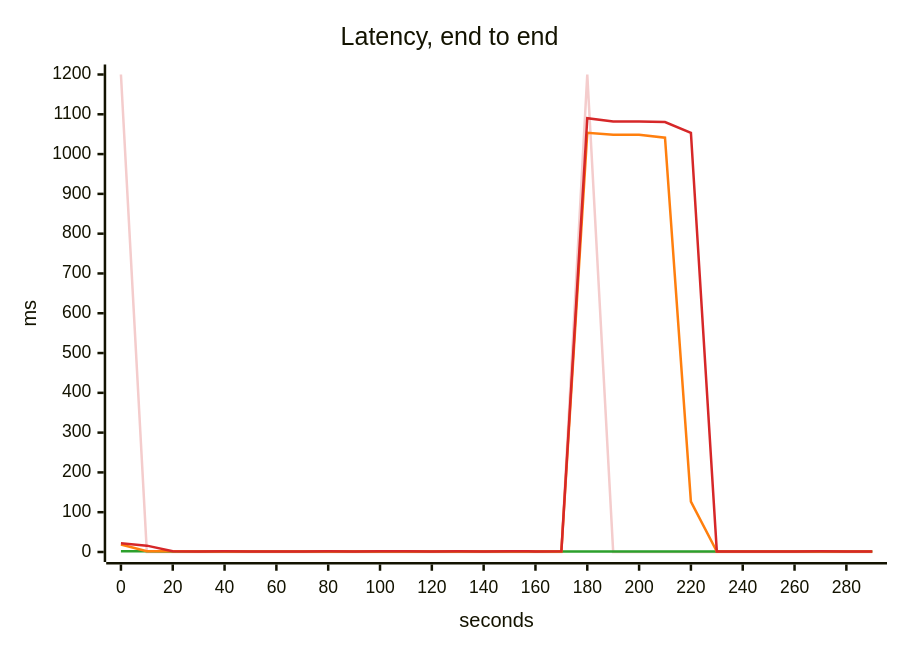
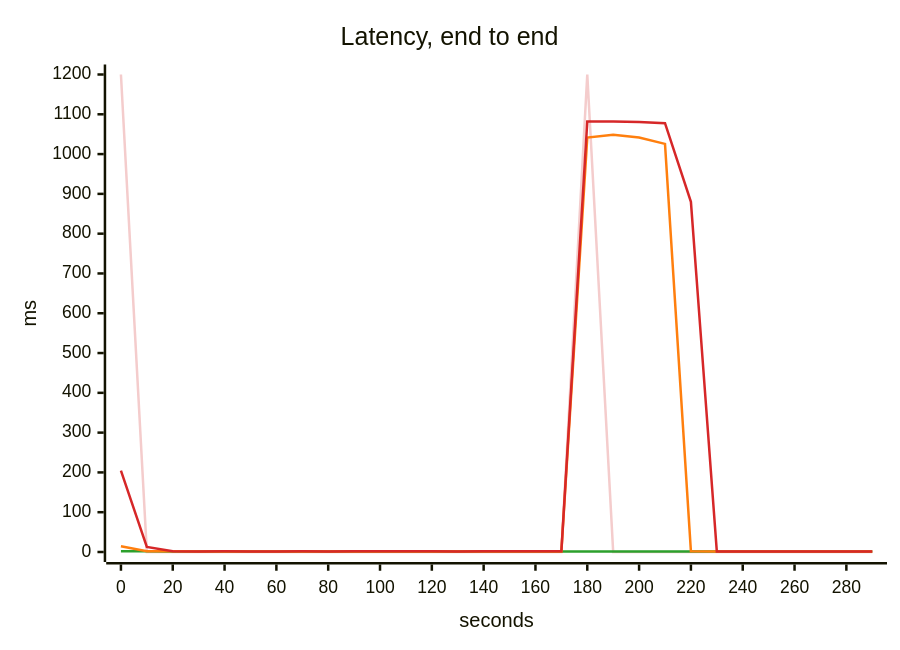
The third of 5 diagrams in scenarios/cache-restart/solutions/coalesce/report.md (akinfemi/load-lore), drawn with Mermaid before and after one commit. The commit also changed other lines of this file and 125 other files, not shown here.

````diff
--- a/scenarios/cache-restart/solutions/coalesce/report.md
+++ b/scenarios/cache-restart/solutions/coalesce/report.md
@@ -60,17 +61,17 @@
 ```mermaid
 ---
 config:
   themeVariables:
     xyChart:
       backgroundColor: "transparent"
       plotColorPalette: "#f4cccc, #2ca02c, #ff7f0e, #d62728"
 ---
 xychart-beta
     title "Latency, end to end"
     x-axis "seconds" 0 --> 290
     y-axis "ms" 0 --> 1200
     line [1200, 0, 0, 0, 0, 0, 0, 0, 0, 0, 0, 0, 0, 0, 0, 0, 0, 0, 1200, 0, 0, 0, 0, 0, 0, 0, 0, 0, 0, 0]
-    line [1.725, 1.631, 1.509, 1.319, 1.311, 1.304, 1.302, 1.292, 1.292, 1.288, 1.285, 1.28, 1.273, 1.277, 1.273, 1.275, 1.276, 1.276, 1.339, 1.32, 1.325, 1.306, 1.268, 1.265, 1.274, 1.276, 1.274, 1.276, 1.277, 1.278]
-    line [18.911, 1.907, 1.751, 1.44, 1.421, 1.38, 1.381, 1.377, 1.38, 1.377, 1.379, 1.378, 1.376, 1.379, 1.376, 1.378, 1.377, 1.377, 1053.519, 1048.72, 1048.417, 1041.267, 126.754, 1.373, 1.376, 1.376, 1.374, 1.378, 1.376, 1.377]
-    line [21.969, 15.971, 1.817, 1.505, 1.691, 1.493, 1.562, 1.485, 1.602, 1.483, 1.62, 1.714, 1.541, 1.847, 1.558, 1.854, 1.547, 1.693, 1090.224, 1082.15, 1082.09, 1080.66, 1053.609, 1.445, 1.541, 1.5, 1.451, 1.656, 1.483, 1.505]
+    line [1.748, 1.668, 1.533, 1.328, 1.322, 1.315, 1.312, 1.308, 1.305, 1.304, 1.3, 1.296, 1.296, 1.294, 1.295, 1.293, 1.295, 1.294, 1.33, 1.33, 1.322, 1.31, 1.281, 1.289, 1.291, 1.293, 1.291, 1.292, 1.293, 1.289]
+    line [14.236, 1.943, 1.767, 1.465, 1.467, 1.427, 1.406, 1.419, 1.39, 1.412, 1.399, 1.381, 1.384, 1.379, 1.38, 1.38, 1.38, 1.386, 1041.613, 1048.432, 1041.704, 1025.654, 1.639, 1.378, 1.377, 1.379, 1.379, 1.378, 1.38, 1.377]
+    line [204.292, 12.787, 1.814, 1.502, 1.928, 1.5, 1.499, 1.585, 1.499, 1.638, 1.685, 1.591, 1.896, 1.502, 1.668, 1.753, 1.776, 1.908, 1082.04, 1082.093, 1080.747, 1077.537, 880.116, 1.498, 1.47, 1.505, 1.495, 1.488, 1.558, 1.474]
 ```
````
